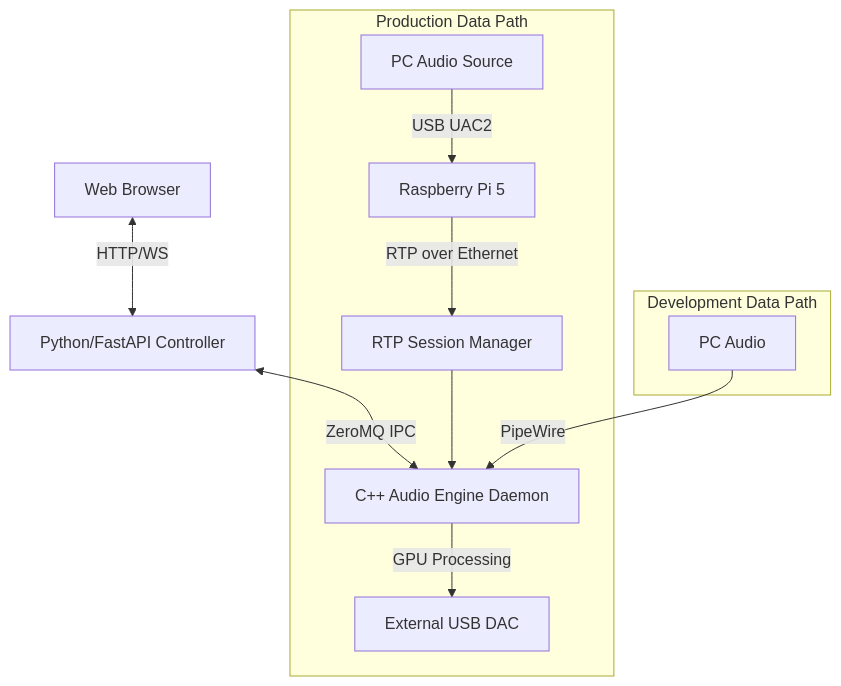
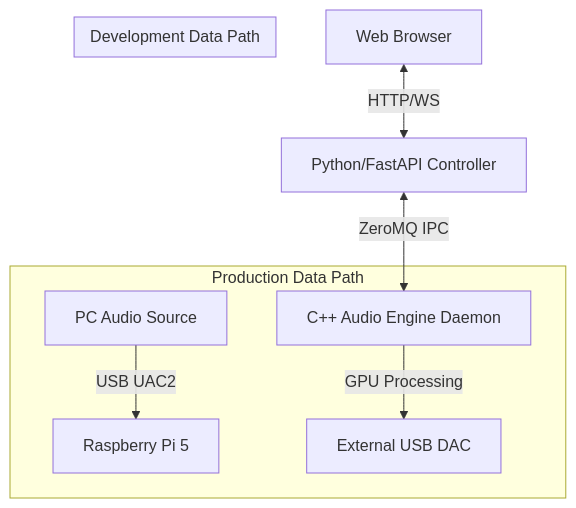
One commit to michihitoTakami/totton_audio_project changed the diagram in CLAUDE.md. Above: the diagram before and after it, drawn with Mermaid. The commit also changed other lines of this file and 40 other files, not shown here.

Commit message:
Remove PipeWire/RTP artifacts and align docs to ALSA/TCP

````diff
--- a/CLAUDE.md
+++ b/CLAUDE.md
@@ -46,16 +46,13 @@
 ```mermaid
 graph TD
     WebUI[Web Browser] <-->|HTTP/WS| Controller[Python/FastAPI Controller]
     Controller <-->|ZeroMQ IPC| Engine[C++ Audio Engine Daemon]
 
     subgraph Production Data Path
         PC[PC Audio Source] -->|USB UAC2| RasPi[Raspberry Pi 5]
-        RasPi -->|RTP over Ethernet| RTPReceiver[RTP Session Manager]
-        RTPReceiver --> Engine
         Engine -->|GPU Processing| DAC[External USB DAC]
     end
 
     subgraph Development Data Path
-        DevPC[PC Audio] -->|PipeWire| Engine
     end
 ```
````
